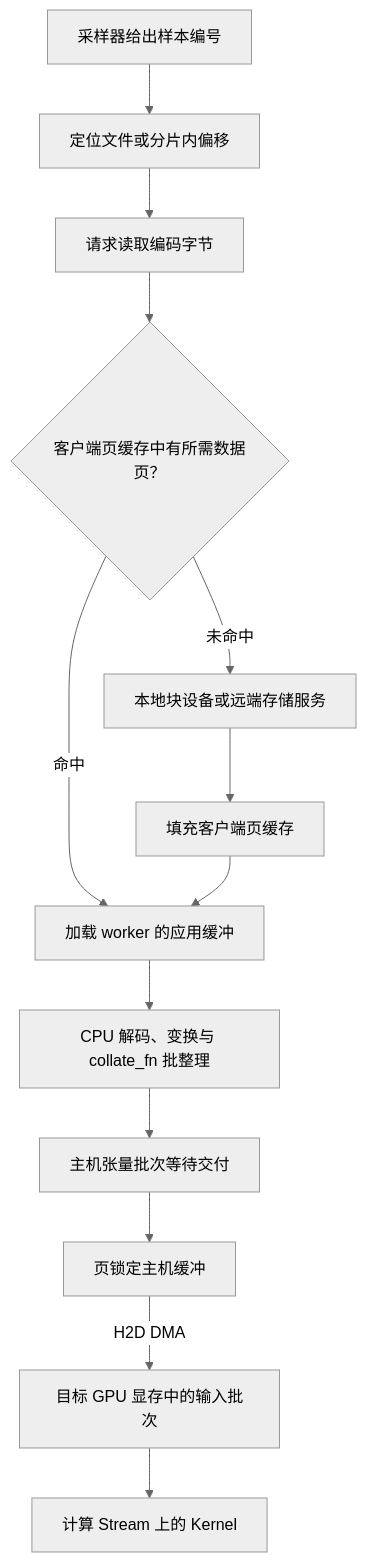
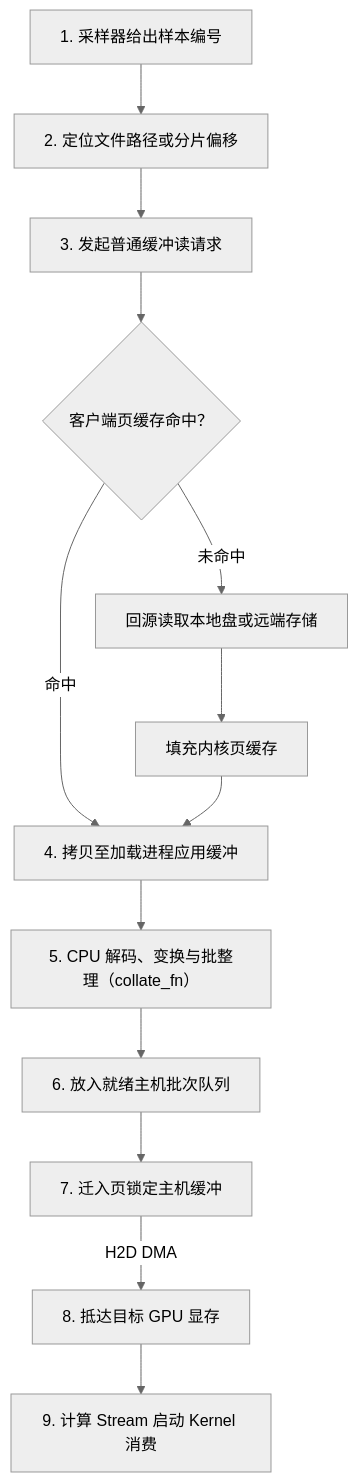
Before and after one commit to realtyz/ops-manual: the diagram in AI-Infra/09_GPU的数据从哪里来_存储与IO/01_训练样本的数据通路与供给速率.md, drawn with Mermaid (neutral theme). The commit also changed other lines of this file and 194 other files, not shown here.

````diff
--- a/AI-Infra/09_GPU的数据从哪里来_存储与IO/01_训练样本的数据通路与供给速率.md
+++ b/AI-Infra/09_GPU的数据从哪里来_存储与IO/01_训练样本的数据通路与供给速率.md
@@ -24,15 +28,16 @@
 ```mermaid
-flowchart
-    index["采样器给出样本编号"] --> lookup["定位文件或分片内偏移"]
-    lookup --> read["请求读取编码字节"]
-    read --> cache{"客户端页缓存中有所需数据页？"}
-    cache -->|命中| user["加载 worker 的应用缓冲"]
-    cache -->|未命中| storage["本地块设备或远端存储服务"]
-    storage --> pages["填充客户端页缓存"]
+flowchart TD
+    accDescr: 展示单个训练进程读取样本的完整数据通路，包括采样索引、页缓存命中与回源分支、CPU 解码批整理、锁页主机缓冲、H2D DMA 与 GPU 计算消费。
+    index["1. 采样器给出样本编号"] --> lookup["2. 定位文件路径或分片偏移"]
+    lookup --> read["3. 发起普通缓冲读请求"]
+    read --> cache{"客户端页缓存命中？"}
+    cache -->|命中| user["4. 拷贝至加载进程应用缓冲"]
+    cache -->|未命中| storage["回源读取本地盘或远端存储"]
+    storage --> pages["填充内核页缓存"]
     pages --> user
-    user --> decode["CPU 解码、变换与 collate_fn 批整理"]
-    decode --> queue["主机张量批次等待交付"]
-    queue --> pinned["页锁定主机缓冲"]
-    pinned -->|H2D DMA| gpu["目标 GPU 显存中的输入批次"]
-    gpu --> kernel["计算 Stream 上的 Kernel"]
+    user --> decode["5. CPU 解码、变换与批整理（collate_fn）"]
+    decode --> queue["6. 放入就绪主机批次队列"]
+    queue --> pinned["7. 迁入页锁定主机缓冲"]
+    pinned -->|H2D DMA| gpu["8. 抵达目标 GPU 显存"]
+    gpu --> kernel["9. 计算 Stream 启动 Kernel 消费"]
 ```
````
